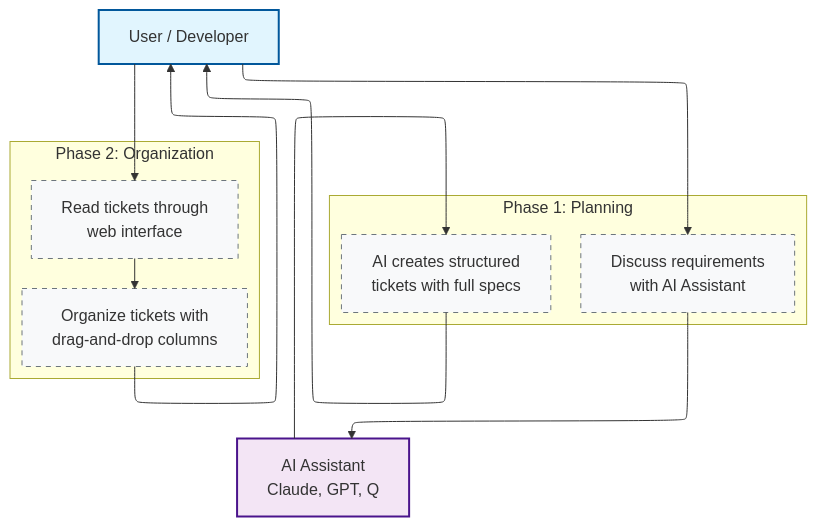
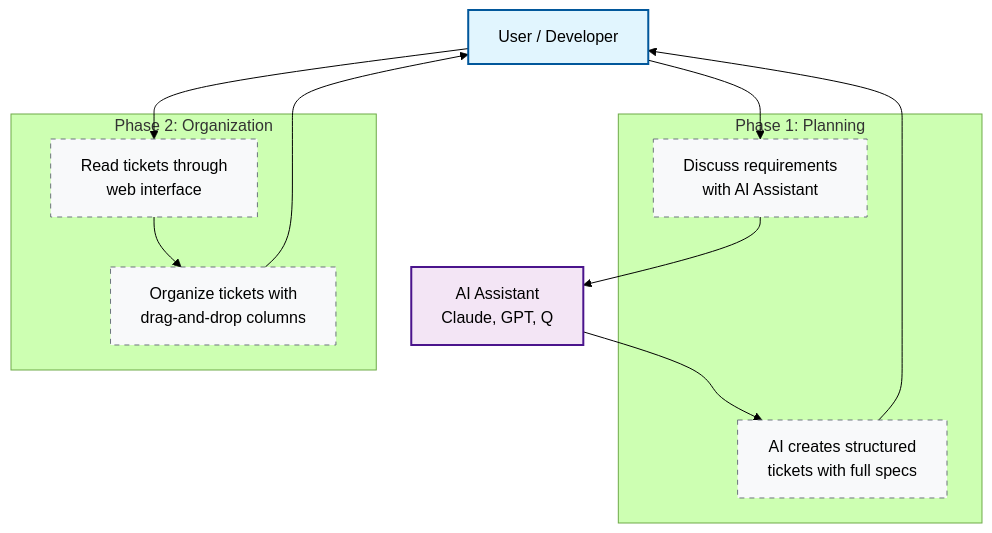
The first of 2 diagrams in README.md (andkirby/markdown-ticket), drawn with Mermaid before and after one commit. The commit also changed other lines of this file, not shown here.

Commit message:
Change mermaid diagram theme to 'forest'
Updated mermaid diagrams to use 'forest' theme.

````diff
--- a/README.md
+++ b/README.md
@@ -69,34 +69,34 @@
 ```mermaid
 ---
 config:
-  layout: elk
+  theme: forest
 ---
 flowchart TD
     User[User / Developer]
     LLM[AI Assistant<br/>Claude, GPT, Q]
 
     subgraph "Phase 1: Planning"
         A1[Discuss requirements<br/>with AI Assistant]
         A2[AI creates structured<br/>tickets with full specs]
     end
 
     subgraph "Phase 2: Organization"
         B1[Read tickets through<br/>web interface]
         B2[Organize tickets with<br/>drag-and-drop columns]
     end
 
     User --> A1
     A1 --> LLM
     LLM --> A2
     A2 --> User
 
     User --> B1
     B1 --> B2
     B2 --> User
 
     style User fill:#e1f5fe,stroke:#01579b,stroke-width:2px
     style LLM fill:#f3e5f5,stroke:#4a148c,stroke-width:2px
 
     classDef phaseBox fill:#f8f9fa,stroke:#6c757d,stroke-width:1px,stroke-dasharray: 5 5
     class A1,A2,B1,B2 phaseBox
 ```
````
